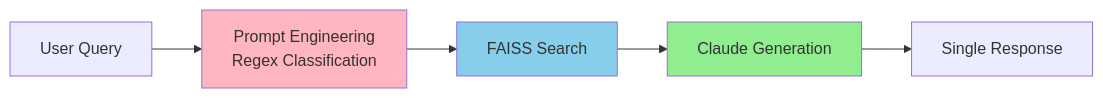
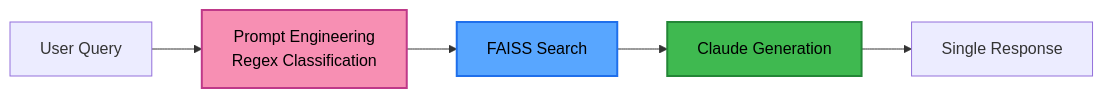
Before and after one commit to Danor93/Clarticle: the first of 2 diagrams in AGENT_OPTIMIZATION.md, drawn with Mermaid.

Commit message:
style: Update flowchart colors for improved visibility in AGENT_OPTIMIZATION.md

````diff
--- a/AGENT_OPTIMIZATION.md
+++ b/AGENT_OPTIMIZATION.md
@@ -13,11 +13,11 @@
 ```mermaid
 flowchart LR
     USER[User Query] --> PE[Prompt Engineering<br/>Regex Classification]
     PE --> FAISS[FAISS Search]
     FAISS --> CLAUDE[Claude Generation]
     CLAUDE --> RESPONSE[Single Response]
 
-    style PE fill:#FFB6C1
-    style FAISS fill:#87CEEB
-    style CLAUDE fill:#90EE90
+    style PE fill:#f78fb3,stroke:#bf3989,stroke-width:2px,color:#000
+    style FAISS fill:#58a6ff,stroke:#1f6feb,stroke-width:2px,color:#000
+    style CLAUDE fill:#3fb950,stroke:#238636,stroke-width:2px,color:#000
 ```
````
